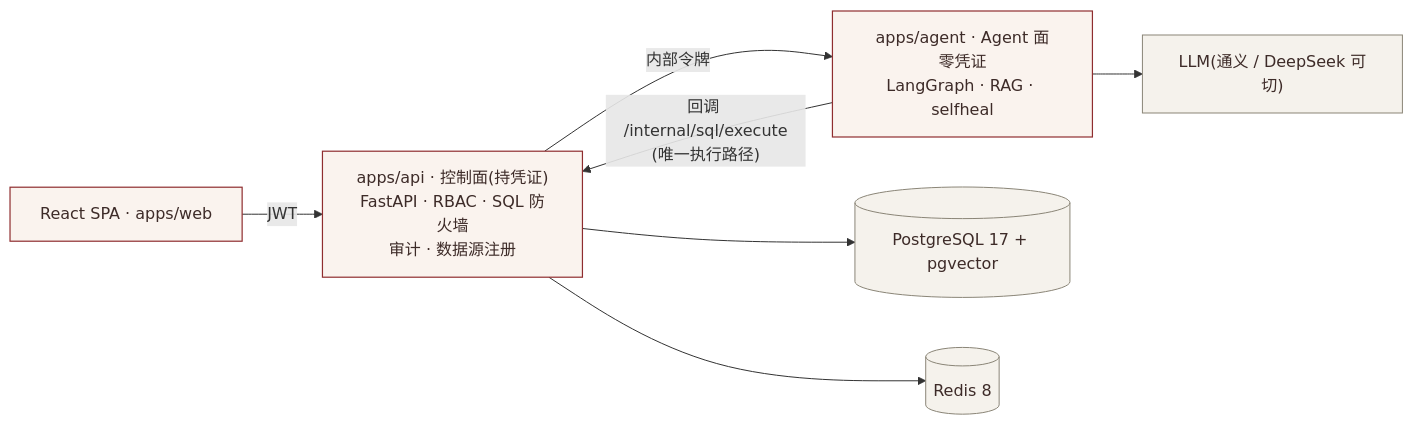
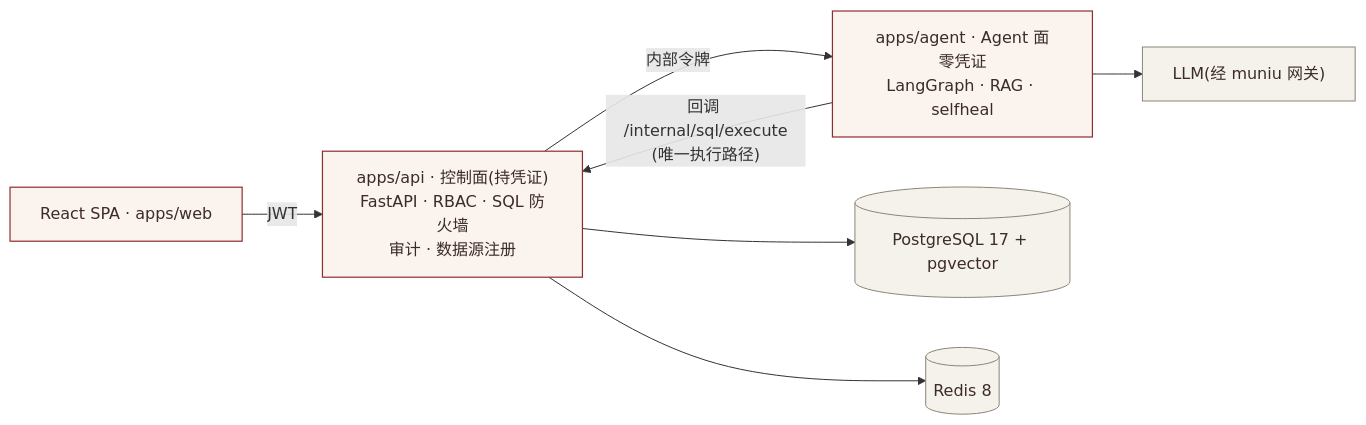
One commit to qiyangfan/kongming changed the diagram in README.md. Above: the diagram before and after it, drawn with Mermaid. The commit also changed other lines of this file, not shown here.

Commit message:
docs: README 品牌叙事强化——SQL 安全五层纵深/信任边界/诚实评估三节,架构图 LLM 出口改 muniu 网关

````diff
--- a/README.md
+++ b/README.md
@@ -35,16 +63,16 @@
 ```mermaid
 flowchart LR
     web["React SPA · apps/web"] -->|"JWT"| api
     api["apps/api · 控制面(持凭证)<br/>FastAPI · RBAC · SQL 防火墙<br/>审计 · 数据源注册"]
     agent["apps/agent · Agent 面<br/>零凭证<br/>LangGraph · RAG · selfheal"]
     api -->|"内部令牌"| agent
     agent -->|"回调 /internal/sql/execute<br/>(唯一执行路径)"| api
     api --> pg[("PostgreSQL 17 + pgvector")]
     api --> redis[("Redis 8")]
-    agent --> llm["LLM(通义 / DeepSeek 可切)"]
+    agent --> llm["LLM(经 muniu 网关)"]
 
     classDef proc fill:#faf3ee,stroke:#8f2d2f,stroke-width:1.2px,color:#3d2b28
     classDef ext fill:#f5f2ec,stroke:#8a8577,color:#3d2b28
     class web,api,agent proc
     class pg,redis,llm ext
 ```
````
